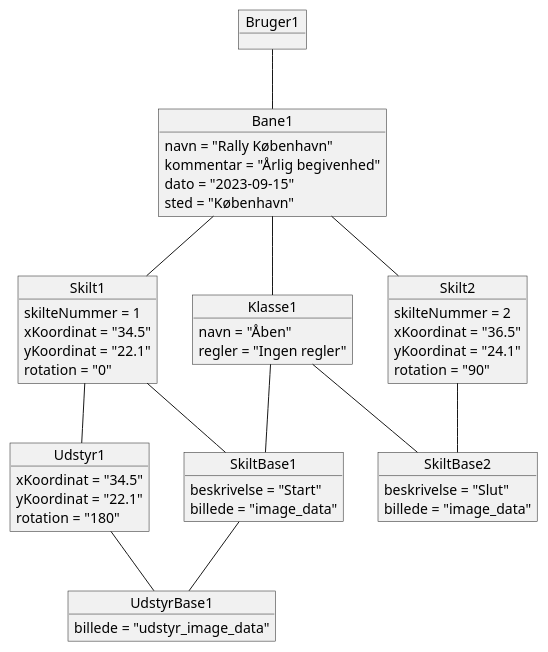
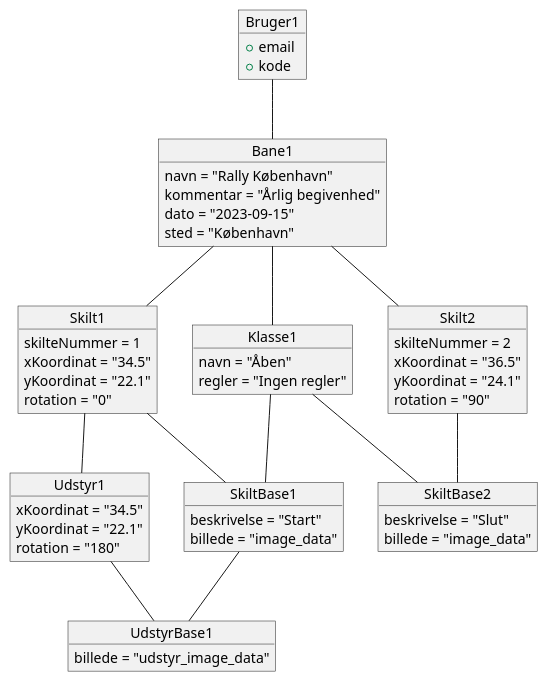
The diagram in Dodumentation/OM_Models.wsd (DMOoF23-Team7-CAT/Project-Team7-Semester3), drawn with PlantUML before and after one commit. The commit also changed 2 other files, not shown here.

```diff
--- a/Dodumentation/OM_Models.wsd
+++ b/Dodumentation/OM_Models.wsd
@@ -1,64 +1,65 @@
 @startuml Objektmodel for Rally Modeller
 
 object Bruger1 {
-    
+    + email
+    + kode
 }
 
 object Bane1 {
     navn = "Rally København"
     kommentar = "Årlig begivenhed"
     dato = "2023-09-15"
     sted = "København"
 }
 
 object Skilt1 {
     skilteNummer = 1
     xKoordinat = "34.5"
     yKoordinat = "22.1"
     rotation = "0"
 }
 
 object Skilt2 {
     skilteNummer = 2
     xKoordinat = "36.5"
     yKoordinat = "24.1"
     rotation = "90"
 }
 
 object Klasse1 {
     navn = "Åben"
     regler = "Ingen regler"
 }
 
 object Udstyr1 {
     xKoordinat = "34.5"
     yKoordinat = "22.1"
     rotation = "180"
 }
 
 object SkiltBase1 {
     beskrivelse = "Start"
     billede = "image_data"
 }
 
 object SkiltBase2 {
     beskrivelse = "Slut"
     billede = "image_data"
 }
 object UdstyrBase1 {
     billede = "udstyr_image_data"
 }
 
 Bruger1 -- Bane1
 Bane1 -- Skilt1
 Bane1 -- Skilt2
 Skilt1 -- SkiltBase1
 Skilt2 -- SkiltBase2
 Skilt1 -- Udstyr1
 Udstyr1 -- UdstyrBase1
 SkiltBase1 -- UdstyrBase1
 Bane1 -- Klasse1
 Klasse1 -- SkiltBase1
 Klasse1 -- SkiltBase2
 
 @enduml
```
